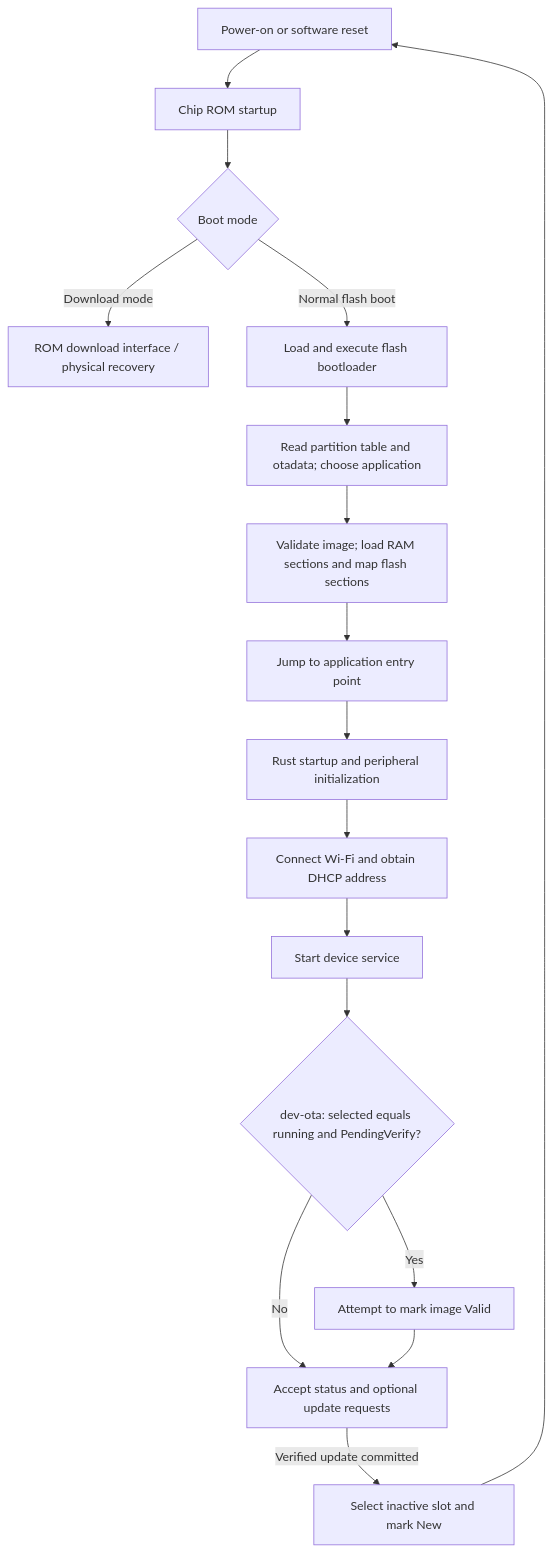
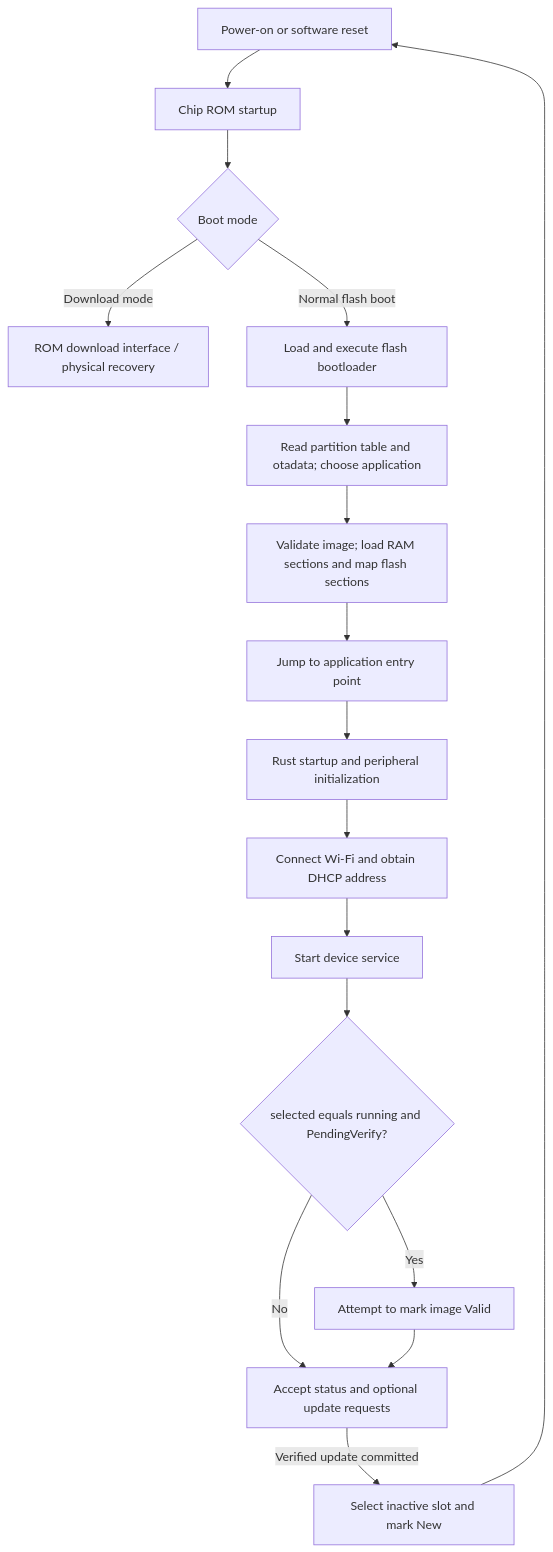
One commit to jrbronkar/esp32-tinker changed the third of 3 diagrams in docs/ota/protocol.md. Above: the diagram before and after it, drawn with Mermaid. The commit also changed other lines of this file and 14 other files, not shown here.

````diff
--- a/docs/ota/protocol.md
+++ b/docs/ota/protocol.md
@@ -299,19 +296,19 @@
 ```mermaid
 flowchart TD
     Reset[Power-on or software reset] --> ROM[Chip ROM startup]
     ROM --> Mode{Boot mode}
     Mode -->|Download mode| USB[ROM download interface / physical recovery]
     Mode -->|Normal flash boot| Loader[Load and execute flash bootloader]
     Loader --> Select[Read partition table and otadata; choose application]
     Select --> Load[Validate image; load RAM sections and map flash sections]
     Load --> Entry[Jump to application entry point]
     Entry --> Init[Rust startup and peripheral initialization]
     Init --> WiFi[Connect Wi-Fi and obtain DHCP address]
     WiFi --> Service[Start device service]
-    Service --> Confirm{dev-ota: selected equals running and PendingVerify?}
+    Service --> Confirm{selected equals running and PendingVerify?}
     Confirm -->|Yes| Valid[Attempt to mark image Valid]
     Confirm -->|No| Serve[Accept status and optional update requests]
     Valid --> Serve
     Serve -->|Verified update committed| Metadata[Select inactive slot and mark New]
     Metadata --> Reset
 ```
````
